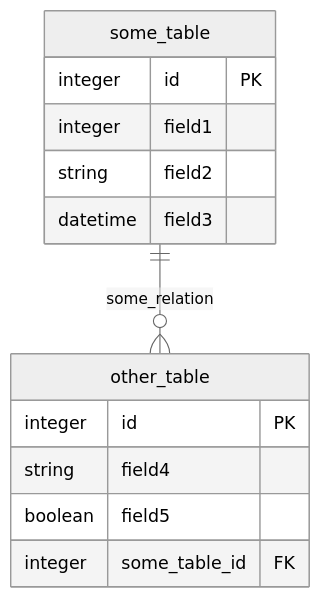
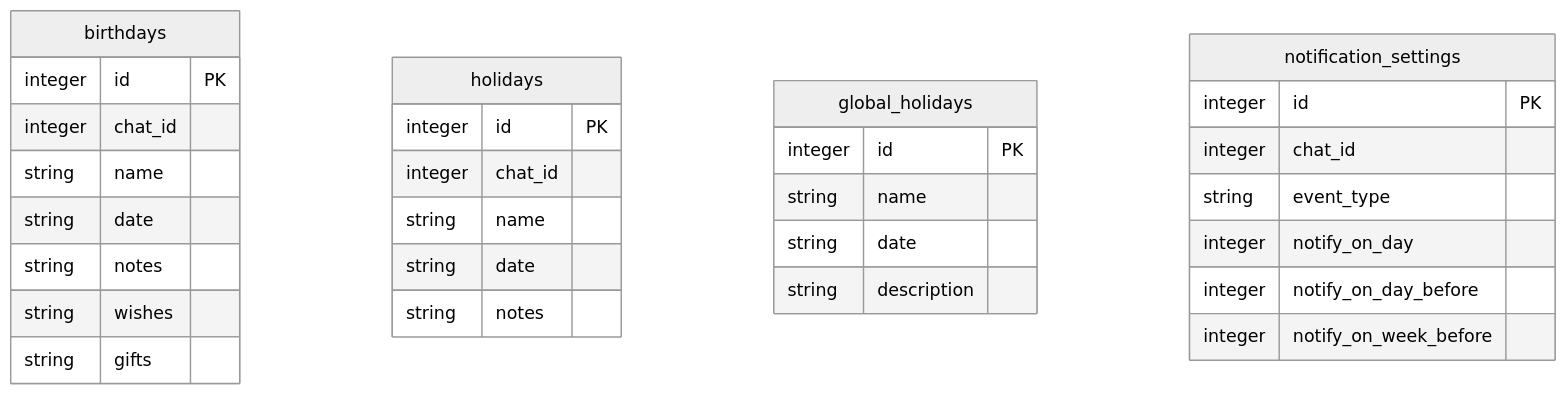
The diagram in docs/db/er-diagram.md (hse-perm-sandbox/oh-my-gift-bot), drawn with Mermaid (neutral theme) before and after one commit. The commit also changed other lines of this file and 4 other files, not shown here.

Commit message:
Добавление и обновление диаграмм

````diff
--- a/docs/db/er-diagram.md
+++ b/docs/db/er-diagram.md
@@ -3,19 +3,36 @@
 ```mermaid
 erDiagram
-    some_table {
+    birthdays {
         integer id PK
-        integer field1
-        string field2
-        datetime field3
+        integer chat_id
+        string name
+        string date
+        string notes
+        string wishes
+        string gifts
     }
     
-    other_table {
+    holidays {
         integer id PK
-        string field4
-        boolean field5
-        integer some_table_id FK
+        integer chat_id
+        string name
+        string date
+        string notes
     }
-
-    some_table ||--o{ other_table : "some_relation"
-
+    
+    global_holidays {
+        integer id PK
+        string name
+        string date
+        string description
+    }
+    
+    notification_settings {
+        integer id PK
+        integer chat_id
+        string event_type
+        integer notify_on_day
+        integer notify_on_day_before
+        integer notify_on_week_before
+    }
 ```
````
